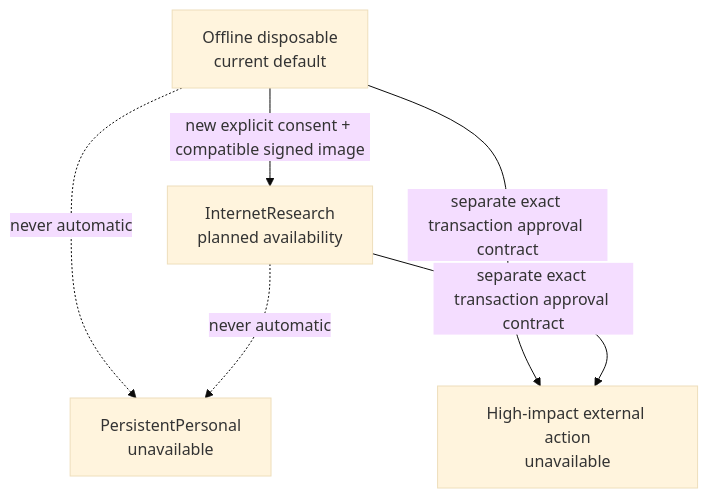
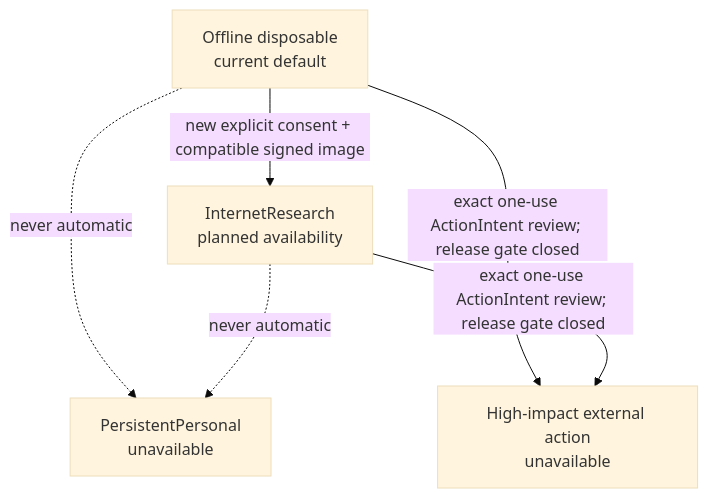
Before and after one commit to zbarno/kool.ade: the second of 4 diagrams in docs/computer-use-architecture.md, drawn with Mermaid (base theme). The commit also changed other lines of this file and 23 other files, not shown here.

Commit message:
feat: gate sensitive computer actions on exact approval

````diff
--- a/docs/computer-use-architecture.md
+++ b/docs/computer-use-architecture.md
@@ -88,8 +88,8 @@
 ```mermaid
 flowchart TD
   A[Offline disposable\ncurrent default] -->|new explicit consent + compatible signed image| B[InternetResearch\nplanned availability]
   A -. never automatic .-> C[PersistentPersonal\nunavailable]
   B -. never automatic .-> C
-  A -->|separate exact transaction approval contract| D[High-impact external action\nunavailable]
-  B -->|separate exact transaction approval contract| D
+  A -->|exact one-use ActionIntent review; release gate closed| D[High-impact external action\nunavailable]
+  B -->|exact one-use ActionIntent review; release gate closed| D
 ```
````
